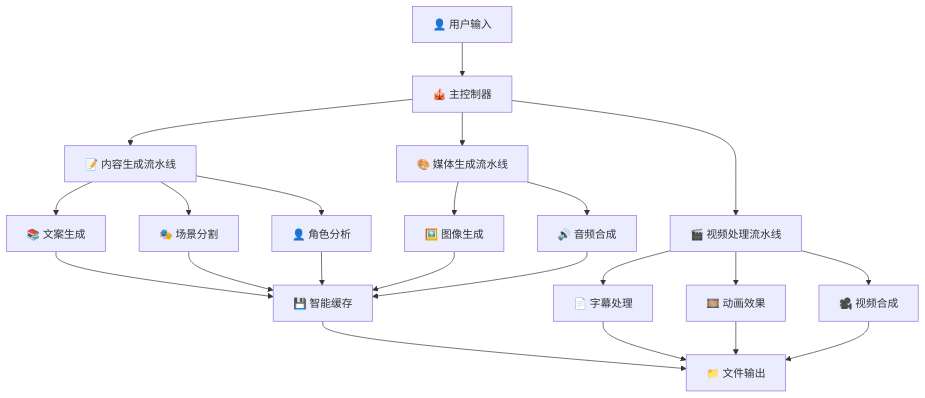
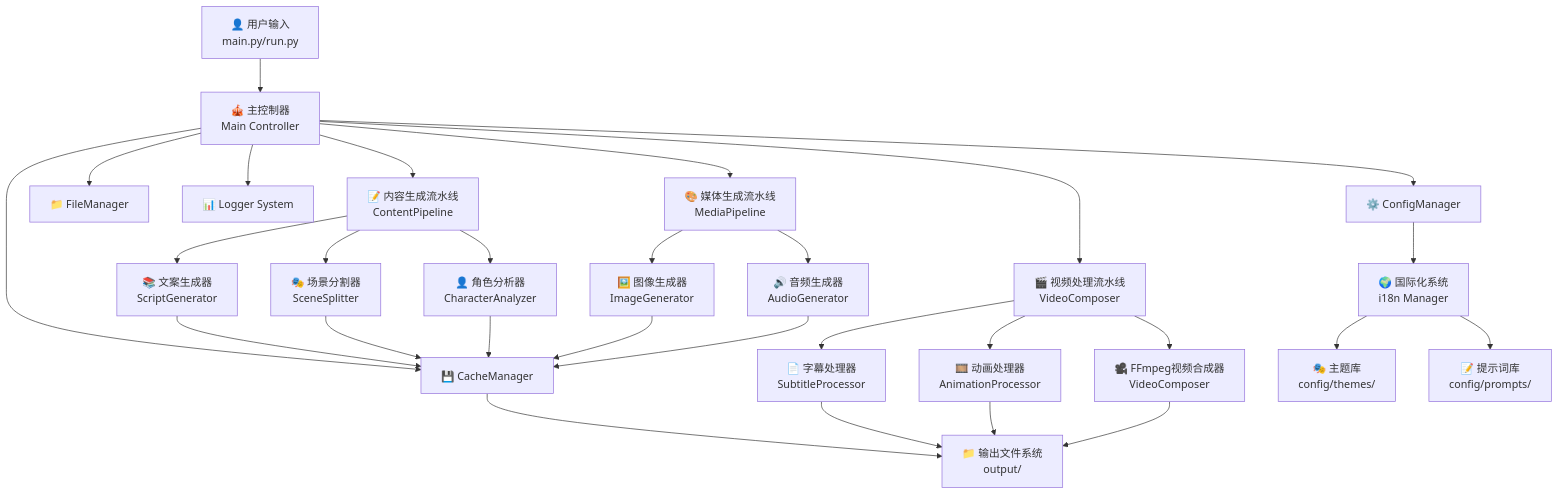
The first of 14 diagrams in WORKFLOW_DIAGRAM.md (qq1151131109/story_video_generator), drawn with Mermaid before and after one commit. The commit also changed other lines of this file and 3 other files, not shown here.

First line of the commit message:
🎨 优化图像提示词生成系统

````diff
--- a/WORKFLOW_DIAGRAM.md
+++ b/WORKFLOW_DIAGRAM.md
@@ -5,29 +5,47 @@
 ```mermaid
 graph TB
-    A[👤 用户输入] --> B[🎪 主控制器]
-    B --> C[📝 内容生成流水线]
-    B --> D[🎨 媒体生成流水线]  
-    B --> E[🎬 视频处理流水线]
+    %% 用户入口和主控制器
+    A[👤 用户输入<br/>main.py/run.py] --> B[🎪 主控制器<br/>Main Controller]
     
-    C --> F[📚 文案生成]
-    C --> G[🎭 场景分割]
-    C --> H[👤 角色分析]
+    %% 核心基础设施
+    B --> CONFIG[⚙️ ConfigManager]
+    B --> CACHE[💾 CacheManager]
+    B --> FILES[📁 FileManager]
+    B --> LOG[📊 Logger System]
     
-    D --> I[🖼️ 图像生成]
-    D --> J[🔊 音频合成]
+    %% 三大流水线
+    B --> C[📝 内容生成流水线<br/>ContentPipeline]
+    B --> D[🎨 媒体生成流水线<br/>MediaPipeline]  
+    B --> E[🎬 视频处理流水线<br/>VideoComposer]
     
-    E --> K[📄 字幕处理]
-    E --> L[🎞️ 动画效果]
-    E --> M[🎥 视频合成]
+    %% 内容生成模块
+    C --> F[📚 文案生成器<br/>ScriptGenerator]
+    C --> G[🎭 场景分割器<br/>SceneSplitter]
+    C --> H[👤 角色分析器<br/>CharacterAnalyzer]
     
-    F --> N[💾 智能缓存]
-    G --> N
-    H --> N
-    I --> N
-    J --> N
+    %% 媒体生成模块
+    D --> I[🖼️ 图像生成器<br/>ImageGenerator]
+    D --> J[🔊 音频生成器<br/>AudioGenerator]
     
-    N --> O[📁 文件输出]
-    K --> O
-    L --> O
-    M --> O
+    %% 视频处理模块
+    E --> K[📄 字幕处理器<br/>SubtitleProcessor]
+    E --> L[🎞️ 动画处理器<br/>AnimationProcessor]
+    E --> M[🎥 FFmpeg视频合成器<br/>VideoComposer]
+    
+    %% 缓存和文件系统
+    F --> CACHE
+    G --> CACHE
+    H --> CACHE
+    I --> CACHE
+    J --> CACHE
+    
+    CACHE --> OUTPUT[📁 输出文件系统<br/>output/]
+    K --> OUTPUT
+    L --> OUTPUT
+    M --> OUTPUT
+    
+    %% 配置和国际化
+    CONFIG --> I18N[🌍 国际化系统<br/>i18n Manager]
+    I18N --> THEMES[🎭 主题库<br/>config/themes/]
+    I18N --> PROMPTS[📝 提示词库<br/>config/prompts/]
 ```
````
